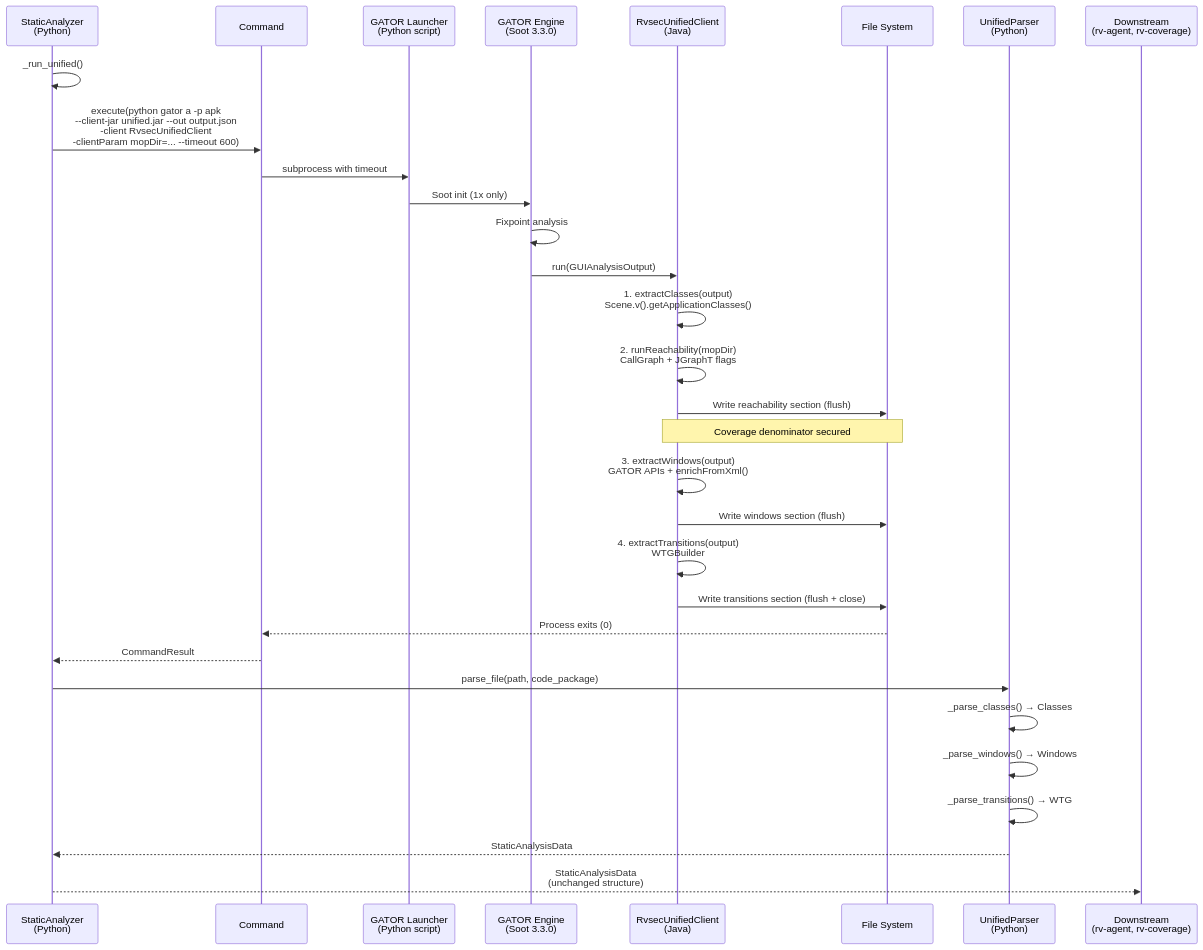
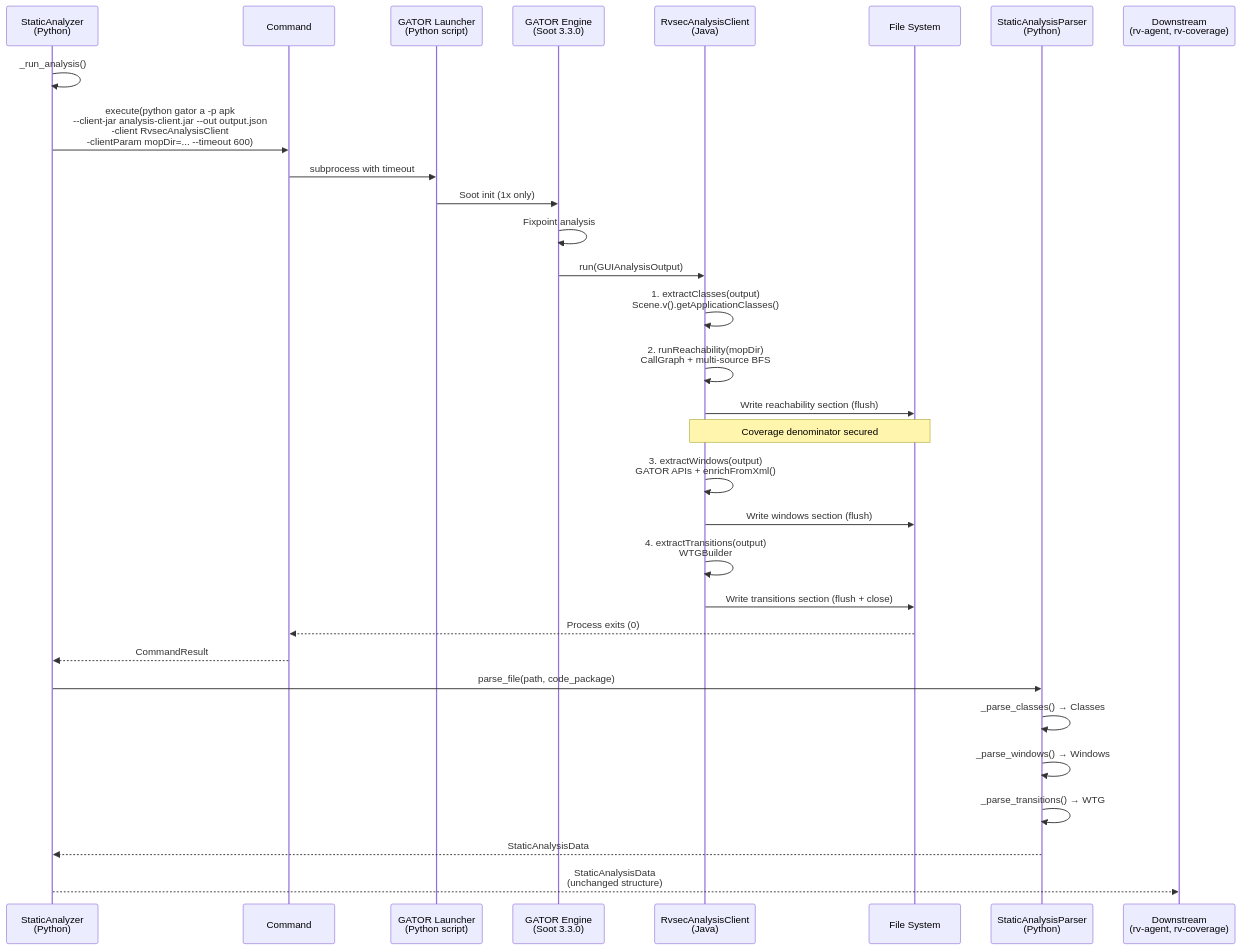
Before and after one commit to PAMunb/rvsec: the third of 4 diagrams in rv-android/openspec/changes/gh27-unified-static-analysis/design.md, drawn with Mermaid. The commit also changed other lines of this file and 4 other files, not shown here.

````diff
--- a/rv-android/openspec/changes/gh27-unified-static-analysis/design.md
+++ b/rv-android/openspec/changes/gh27-unified-static-analysis/design.md
@@ -364,40 +368,40 @@
 ```mermaid
 sequenceDiagram
     participant SA as StaticAnalyzer<br/>(Python)
     participant CMD as Command
     participant GL as GATOR Launcher<br/>(Python script)
     participant GATOR as GATOR Engine<br/>(Soot 3.3.0)
-    participant UC as RvsecUnifiedClient<br/>(Java)
+    participant UC as RvsecAnalysisClient<br/>(Java)
     participant FS as File System
-    participant UP as UnifiedParser<br/>(Python)
+    participant UP as StaticAnalysisParser<br/>(Python)
     participant DS as Downstream<br/>(rv-agent, rv-coverage)
 
-    SA->>SA: _run_unified()
-    SA->>CMD: execute(python gator a -p apk<br/>--client-jar unified.jar --out output.json<br/>-client RvsecUnifiedClient<br/>-clientParam mopDir=... --timeout 600)
+    SA->>SA: _run_analysis()
+    SA->>CMD: execute(python gator a -p apk<br/>--client-jar analysis-client.jar --out output.json<br/>-client RvsecAnalysisClient<br/>-clientParam mopDir=... --timeout 600)
 
     CMD->>GL: subprocess with timeout
 
     GL->>GATOR: Soot init (1x only)
     GATOR->>GATOR: Fixpoint analysis
     GATOR->>UC: run(GUIAnalysisOutput)
 
     UC->>UC: 1. extractClasses(output)<br/>Scene.v().getApplicationClasses()
-    UC->>UC: 2. runReachability(mopDir)<br/>CallGraph + JGraphT flags
+    UC->>UC: 2. runReachability(mopDir)<br/>CallGraph + multi-source BFS
     UC->>FS: Write reachability section (flush)
     Note over UC,FS: Coverage denominator secured
     UC->>UC: 3. extractWindows(output)<br/>GATOR APIs + enrichFromXml()
     UC->>FS: Write windows section (flush)
     UC->>UC: 4. extractTransitions(output)<br/>WTGBuilder
     UC->>FS: Write transitions section (flush + close)
 
     FS-->>CMD: Process exits (0)
     CMD-->>SA: CommandResult
 
     SA->>UP: parse_file(path, code_package)
     UP->>UP: _parse_classes() → Classes
     UP->>UP: _parse_windows() → Windows
     UP->>UP: _parse_transitions() → WTG
     UP-->>SA: StaticAnalysisData
 
     SA-->>DS: StaticAnalysisData<br/>(unchanged structure)
 ```
````
